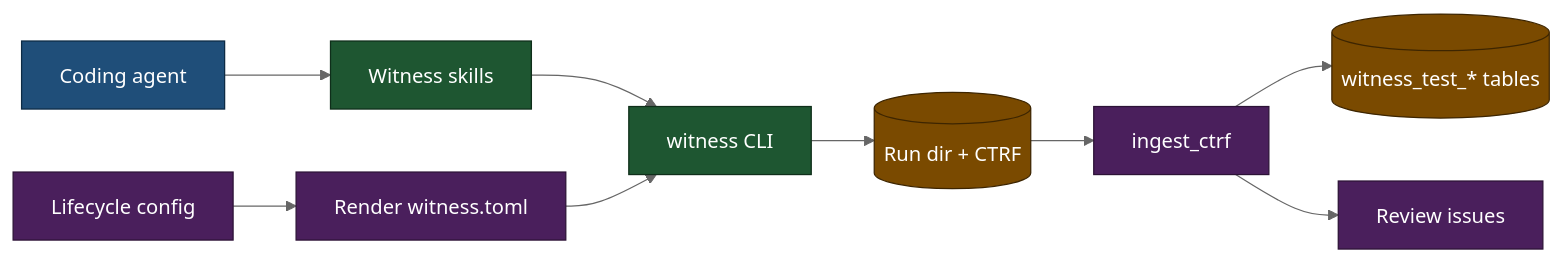
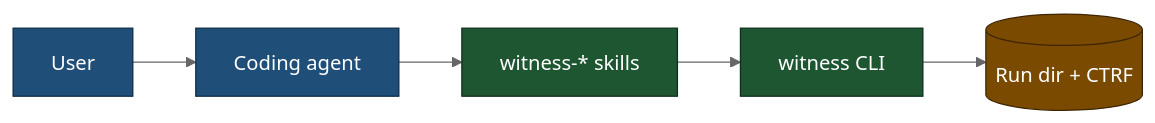
One commit to Modelcode-ai/morph-claude-plugin changed the diagram in docs/witness/MVP-STATUS.md. Above: the diagram before and after it, drawn with Mermaid (neutral theme). The commit also changed other lines of this file, not shown here.

Commit message:
ENG-10539: MVP-STATUS reflects standalone witness in morph-claude-plugin (scope, kit, interview, [reference], both evaluations; morph side paused)

````diff
--- a/docs/witness/MVP-STATUS.md
+++ b/docs/witness/MVP-STATUS.md
@@ -34,16 +48,11 @@
 ```mermaid
 flowchart LR
     classDef agent fill:#1f4e79,stroke:#0d2b45,color:#fff
     classDef witness fill:#1e5631,stroke:#0f2e1a,color:#fff
-    classDef morph fill:#4a1f5c,stroke:#2c1236,color:#fff
     classDef store fill:#7a4a00,stroke:#3d2500,color:#fff
 
-    A[Coding agent]:::agent --> S[Witness skills]:::witness
+    U[User]:::agent --> A[Coding agent]:::agent
+    A --> S[witness-* skills]:::witness
     S --> C[witness CLI]:::witness
     C --> R[(Run dir + CTRF)]:::store
-    L[Lifecycle config]:::morph --> T[Render witness.toml]:::morph
-    T --> C
-    R --> I[ingest_ctrf]:::morph
-    I --> D[(witness_test_* tables)]:::store
-    I --> V[Review issues]:::morph
 ```
````
